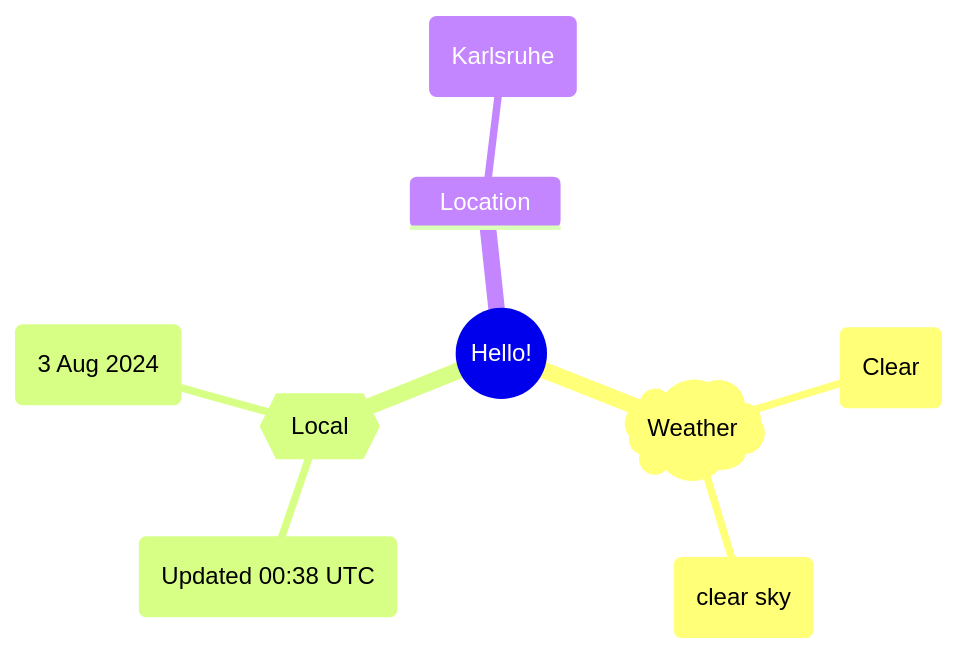
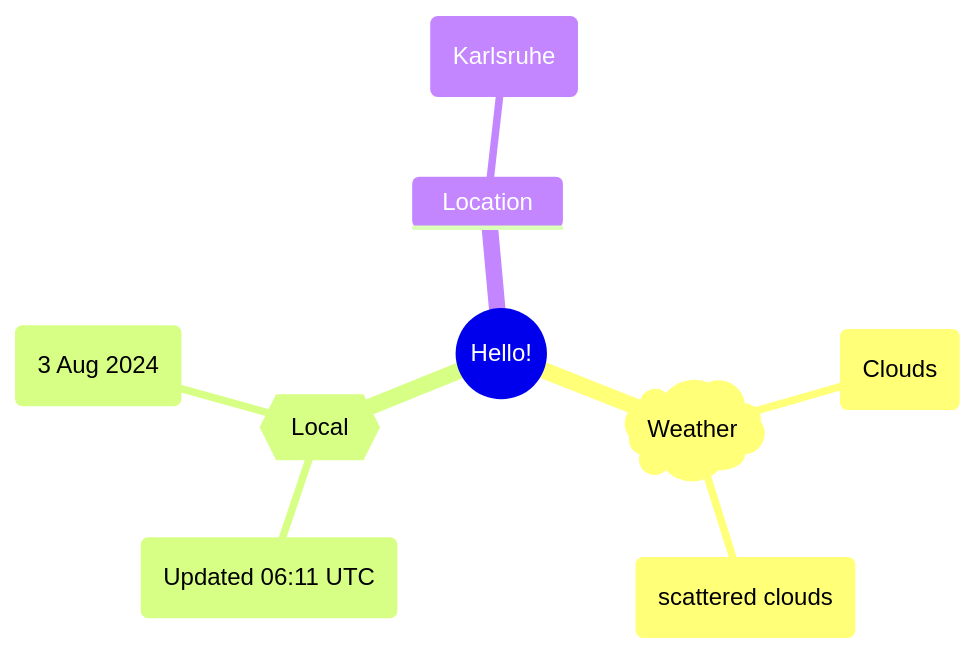
One commit to Xosrov/Xosrov changed the first of 2 diagrams in README.md. Above: the diagram before and after it, drawn with Mermaid.

Commit message:
[bot] updated images

````diff
--- a/README.md
+++ b/README.md
@@ -3,12 +3,12 @@
 ```mermaid
 mindmap
   root((Hello!))
     )Weather(
-        (Clear)
-        (clear sky)
+        (Clouds)
+        (scattered clouds)
     {{Local}}
-        (Updated 00:38 UTC)
+        (Updated 06:11 UTC)
         (3 Aug 2024)
     Location
         (Karlsruhe)
 ```
````
